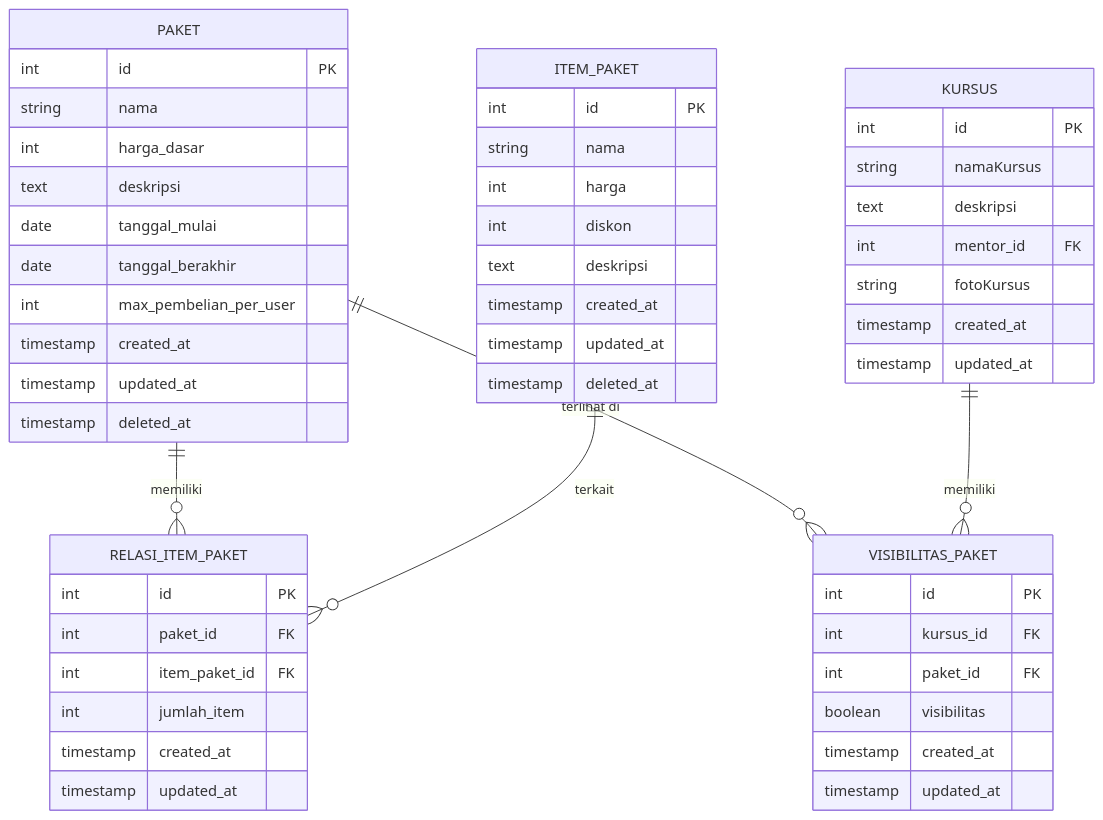
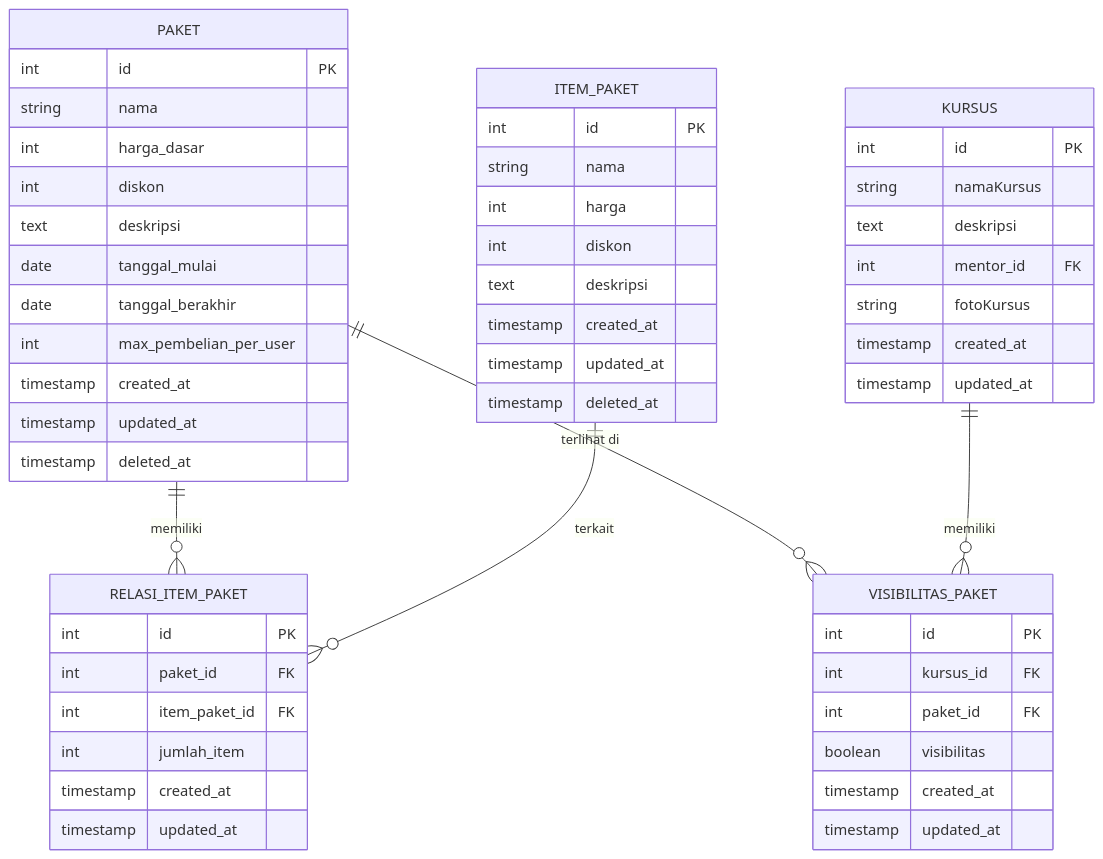
The diagram in database/migrations/erd_paket.md (ekomh170/manpro-sizzlingchilli-backend-chill-ajar), drawn with Mermaid before and after one commit. The commit also changed 1 other file, not shown here.

Commit message:
feat: Tambahkan kolom diskon pada ERD paket dan keseluruhan sistem

````diff
--- a/database/migrations/erd_paket.md
+++ b/database/migrations/erd_paket.md
@@ -5,55 +5,56 @@
 ```mermaid
 erDiagram
     PAKET {
         int id PK
         string nama
         int harga_dasar
+        int diskon
         text deskripsi
         date tanggal_mulai
         date tanggal_berakhir
         int max_pembelian_per_user
         timestamp created_at
         timestamp updated_at
         timestamp deleted_at
     }
     ITEM_PAKET {
         int id PK
         string nama
         int harga
         int diskon
         text deskripsi
         timestamp created_at
         timestamp updated_at
         timestamp deleted_at
     }
     RELASI_ITEM_PAKET {
         int id PK
         int paket_id FK
         int item_paket_id FK
         int jumlah_item
         timestamp created_at
         timestamp updated_at
     }
     VISIBILITAS_PAKET {
         int id PK
         int kursus_id FK
         int paket_id FK
         boolean visibilitas
         timestamp created_at
         timestamp updated_at
     }
     KURSUS {
         int id PK
         string namaKursus
         text deskripsi
         int mentor_id FK
         string fotoKursus
         timestamp created_at
         timestamp updated_at
     }
 
     PAKET ||--o{ RELASI_ITEM_PAKET : "memiliki"
     ITEM_PAKET ||--o{ RELASI_ITEM_PAKET : "terkait"
     PAKET ||--o{ VISIBILITAS_PAKET : "terlihat di"
     KURSUS ||--o{ VISIBILITAS_PAKET : "memiliki"
 ```
````
